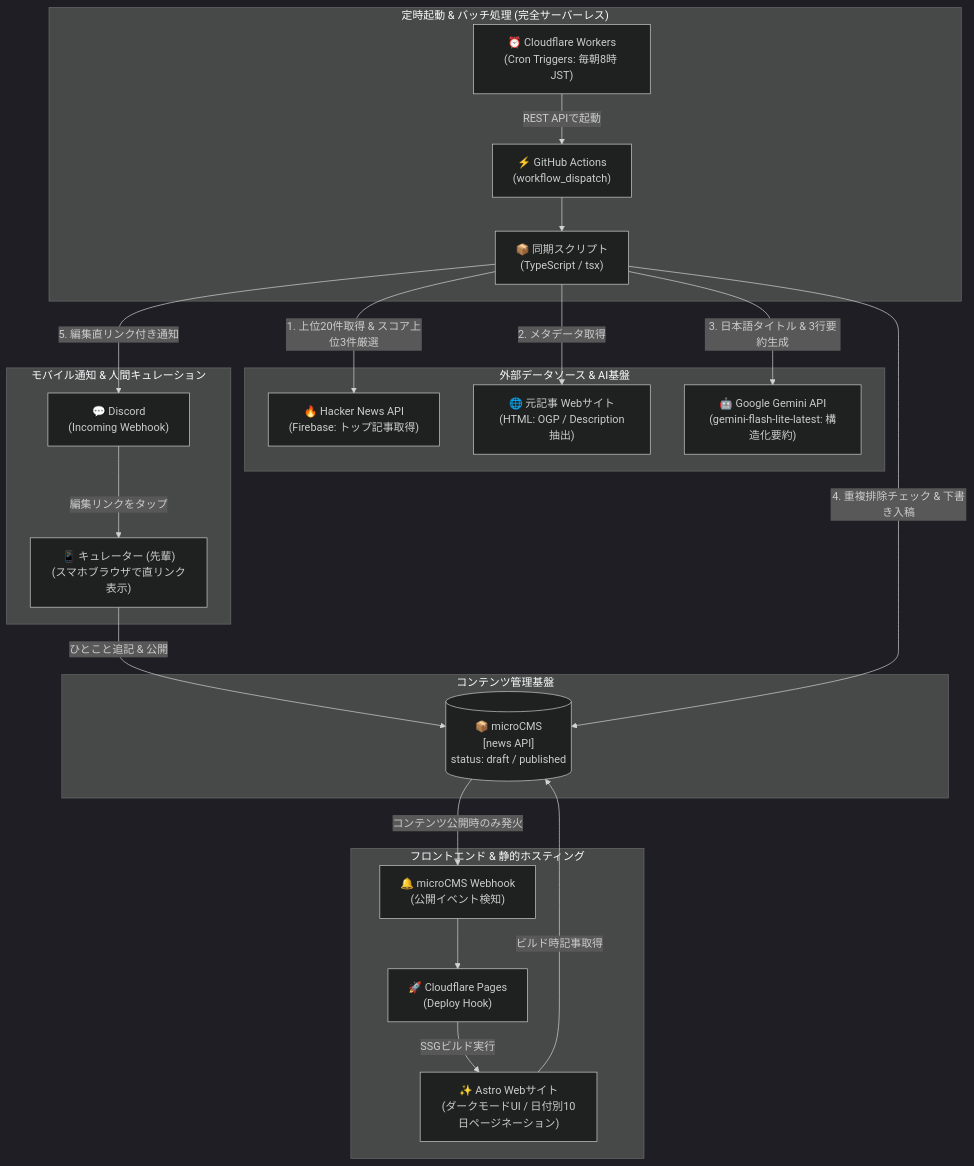
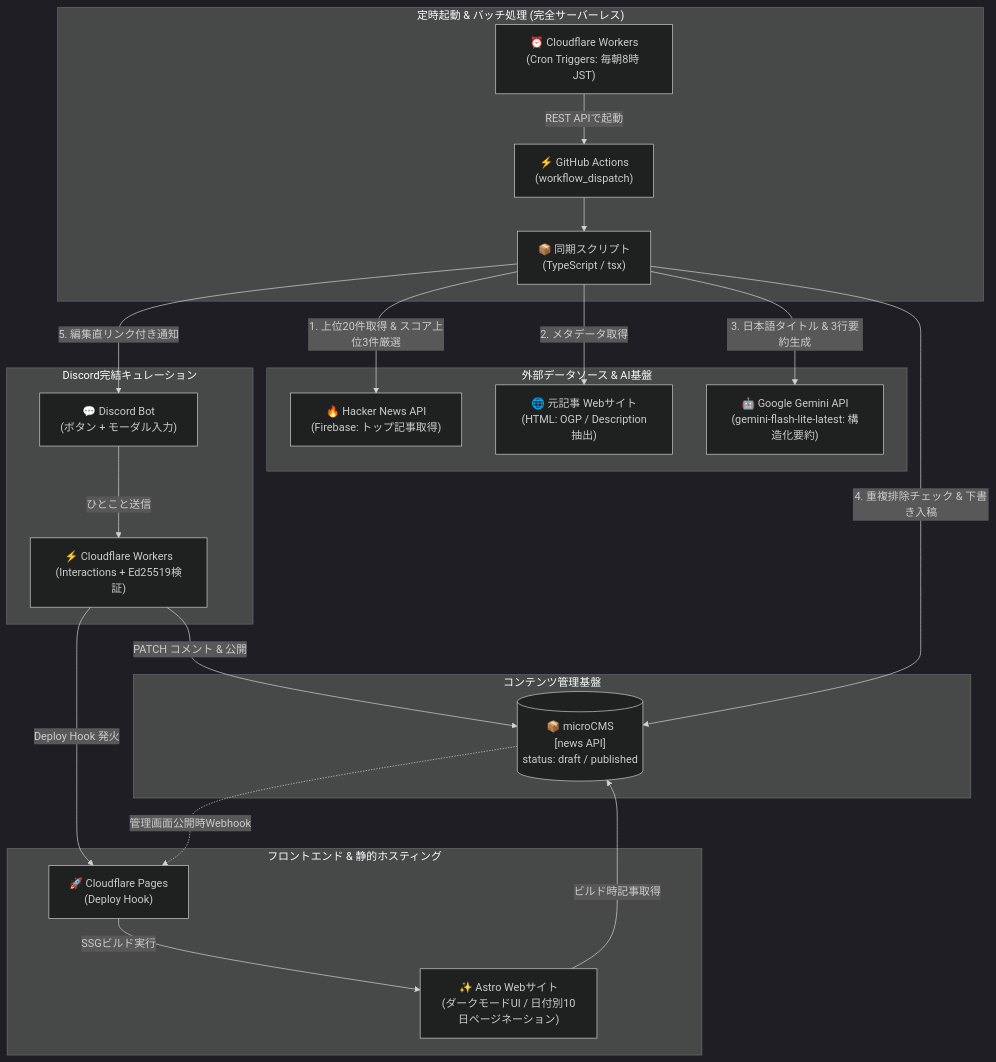
The first of 4 diagrams in docs/architecture.md (blacpans/hnmc), drawn with Mermaid (dark theme) before and after one commit. The commit also changed other lines of this file, not shown here.

First line of the commit message:
docs(architecture): 📝 Discord完結キュレーションとDeploy Hook直接発火のフローを設計書に反映したじゃんね！📐✨

````diff
--- a/docs/architecture.md
+++ b/docs/architecture.md
@@ -17,50 +17,49 @@
 ```mermaid
 flowchart TD
     %% 外部データソース & AI
     subgraph ExternalSources ["外部データソース & AI基盤"]
         HN["🔥 Hacker News API<br/>(Firebase: トップ記事取得)"]
         Web["🌐 元記事 Webサイト<br/>(HTML: OGP / Description抽出)"]
         Gemini["🤖 Google Gemini API<br/>(gemini-flash-lite-latest: 構造化要約)"]
     end
 
     %% 定時起動 & バッチシステム
     subgraph BatchSystem ["定時起動 & バッチ処理 (完全サーバーレス)"]
         CFWorker["⏰ Cloudflare Workers<br/>(Cron Triggers: 毎朝8時 JST)"]
         GHA["⚡ GitHub Actions<br/>(workflow_dispatch)"]
         Script["📦 同期スクリプト<br/>(TypeScript / tsx)"]
         CFWorker -->|REST APIで起動| GHA
         GHA --> Script
     end
 
     %% ヘッドレスCMS
     subgraph HeadlessCMS ["コンテンツ管理基盤"]
         MicroCMS[("📦 microCMS<br/>[news API]<br/>status: draft / published")]
     end
 
     %% モバイル通知 & キュレーション
-    subgraph MobileCuration ["モバイル通知 & 人間キュレーション"]
-        Discord["💬 Discord<br/>(Incoming Webhook)"]
-        Smartphone["📱 キュレーター (先輩)<br/>(スマホブラウザで直リンク表示)"]
-        Discord -->|編集リンクをタップ| Smartphone
-        Smartphone -->|ひとこと追記 & 公開| MicroCMS
+    subgraph MobileCuration ["Discord完結キュレーション"]
+        Discord["💬 Discord Bot<br/>(ボタン + モーダル入力)"]
+        CFInteraction["⚡ Cloudflare Workers<br/>(Interactions + Ed25519検証)"]
+        Discord -->|ひとこと送信| CFInteraction
+        CFInteraction -->|PATCH コメント & 公開| MicroCMS
     end
 
     %% フロントエンド配信
     subgraph WebHosting ["フロントエンド & 静的ホスティング"]
-        Webhook["🔔 microCMS Webhook<br/>(公開イベント検知)"]
         DeployHook["🚀 Cloudflare Pages<br/>(Deploy Hook)"]
         AstroSite["✨ Astro Webサイト<br/>(ダークモードUI / 日付別10日ページネーション)"]
         
-        MicroCMS -->|コンテンツ公開時のみ発火| Webhook
-        Webhook --> DeployHook
+        CFInteraction -->|Deploy Hook 発火| DeployHook
+        MicroCMS -.->|管理画面公開時Webhook| DeployHook
         DeployHook -->|SSGビルド実行| AstroSite
         AstroSite -->|ビルド時記事取得| MicroCMS
     end
 
     %% データ連携フロー
     Script -->|1. 上位20件取得 & スコア上位3件厳選| HN
     Script -->|2. メタデータ取得| Web
     Script -->|3. 日本語タイトル & 3行要約生成| Gemini
     Script -->|4. 重複排除チェック & 下書き入稿| MicroCMS
     Script -->|5. 編集直リンク付き通知| Discord
 ```
````
